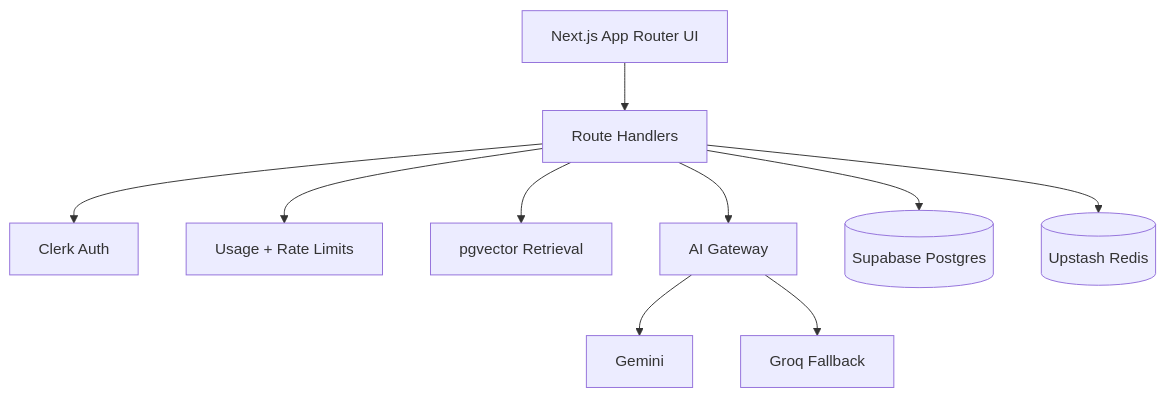
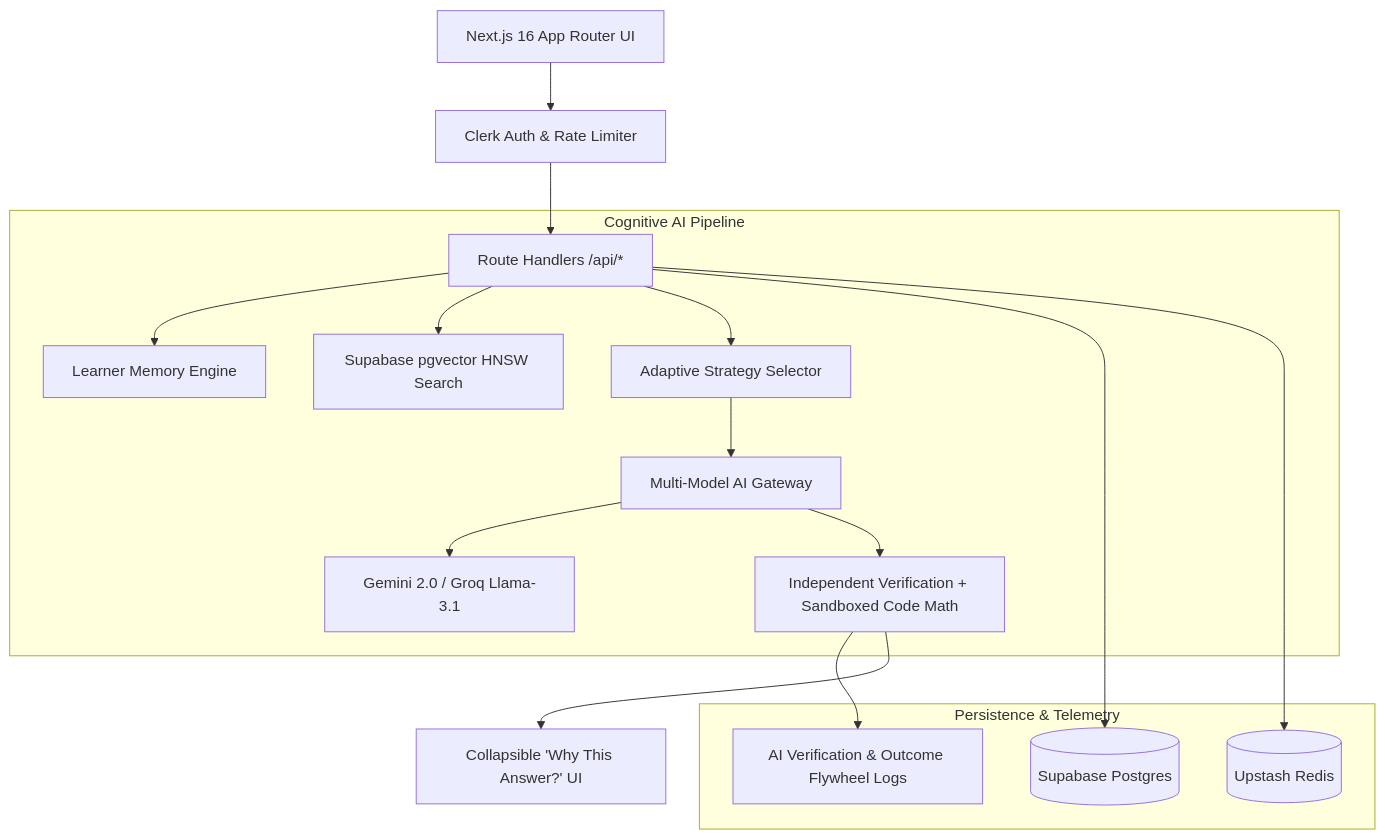
One commit to rajendrabist07/edumethod-ai changed the diagram in README.md. Above: the diagram before and after it, drawn with Mermaid. The commit also changed other lines of this file, not shown here.

Commit message:
docs: update README.md with comprehensive 7-part differentiation systems, architecture diagram, SQL migrations, API surface, and testing suite

````diff
--- a/README.md
+++ b/README.md
@@ -35,12 +78,22 @@
 ```mermaid
 graph TD
-  Client[Next.js App Router UI] --> API[Route Handlers]
-  API --> Auth[Clerk Auth]
-  API --> Usage[Usage + Rate Limits]
-  API --> Retriever[pgvector Retrieval]
-  API --> Gateway[AI Gateway]
-  Gateway --> Gemini[Gemini]
-  Gateway --> Groq[Groq Fallback]
-  API --> DB[(Supabase Postgres)]
-  API --> Cache[(Upstash Redis)]
+  Client[Next.js 16 App Router UI] --> Auth[Clerk Auth & Rate Limiter]
+  Auth --> API[Route Handlers /api/*]
+  
+  subgraph Cognitive AI Pipeline
+    API --> Profile[Learner Memory Engine]
+    API --> VectorSearch[Supabase pgvector HNSW Search]
+    API --> Strategy[Adaptive Strategy Selector]
+    Strategy --> Gateway[Multi-Model AI Gateway]
+    Gateway --> Gemini[Gemini 2.0 / Groq Llama-3.1]
+    Gateway --> Verifier[Independent Verification + Sandboxed Code Math]
+  end
+
+  subgraph Persistence & Telemetry
+    API --> DB[(Supabase Postgres)]
+    API --> Cache[(Upstash Redis)]
+    Verifier --> Telemetry[AI Verification & Outcome Flywheel Logs]
+  end
+
+  Verifier --> TransparencyUI[Collapsible 'Why This Answer?' UI]
 ```
````
